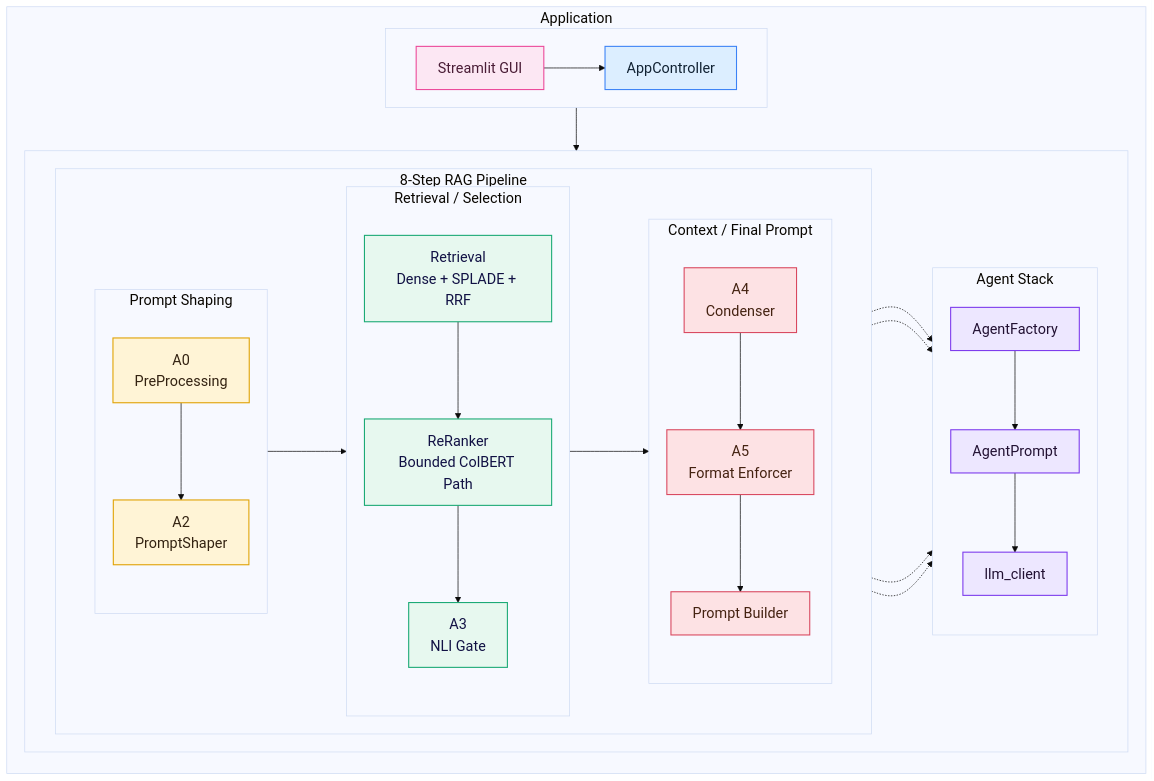
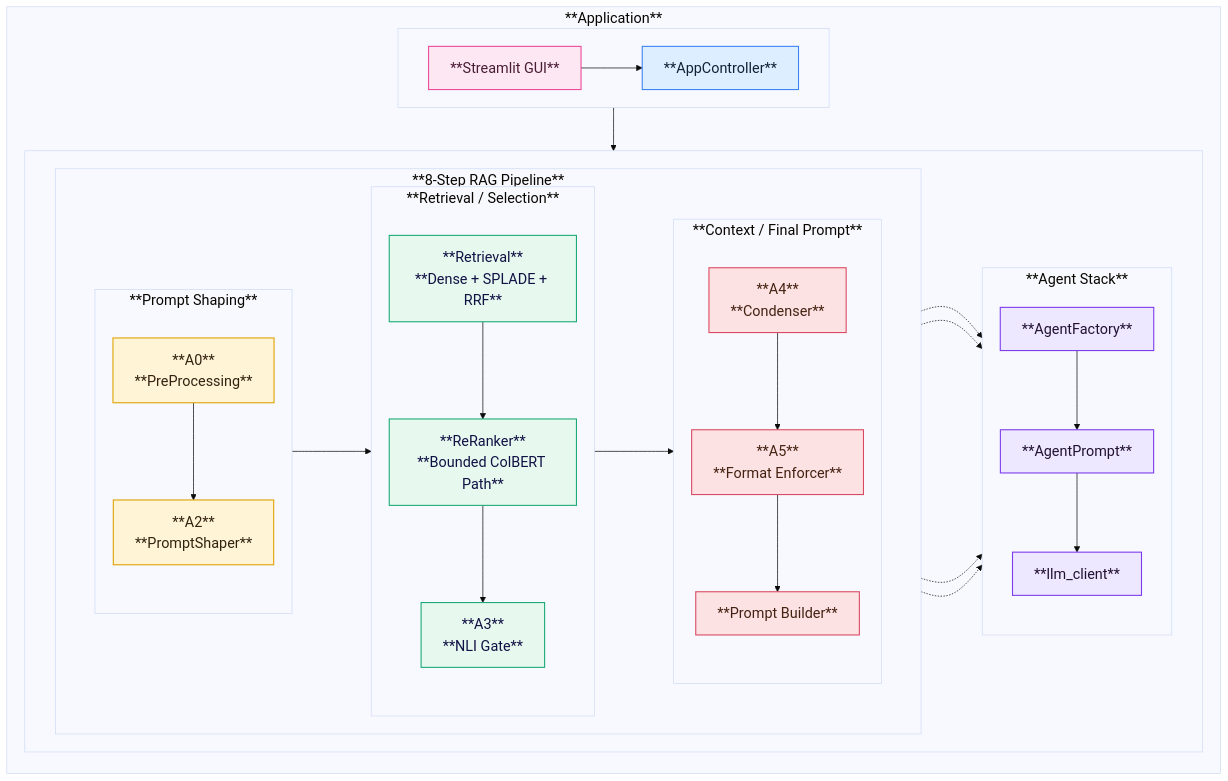
The fourth of 5 diagrams in README.md (RusbehAbtahi/RAGstream), drawn with Mermaid before and after one commit. The commit also changed other lines of this file, not shown here.

Commit message:
README: refine project overview, architecture diagrams, and deployment documentation

````diff
--- a/README.md
+++ b/README.md
@@ -52,71 +104,71 @@
 ```mermaid
 %%{init: {
   "theme": "base",
   "themeVariables": {
     "fontSize": "20px"
   },
   "flowchart": {
     "htmlLabels": true,
     "curve": "basis",
     "nodeSpacing": 30,
     "rankSpacing": 35
   }
 }}%%
 flowchart TB
 
   classDef gui fill:#FCE7F3,stroke:#EC4899,stroke-width:1.5px,color:#4A1D36;
   classDef ctrl fill:#DCEEFF,stroke:#3B82F6,stroke-width:1.5px,color:#123;
   classDef prep fill:#FFF4D6,stroke:#E0A100,stroke-width:1.5px,color:#321;
   classDef retr fill:#E7F8EF,stroke:#19A974,stroke-width:1.5px,color:#114;
   classDef gen fill:#FDE2E4,stroke:#D9485F,stroke-width:1.5px,color:#421;
   classDef agent fill:#EDE7FF,stroke:#7C3AED,stroke-width:1.5px,color:#213;
 
-  subgraph APP["Application"]
+  subgraph APP["**Application**"]
     direction TB
 
     subgraph HEAD[" "]
       direction LR
-      UI[Streamlit GUI]:::gui --> CTRL[AppController]:::ctrl
+      UI["**Streamlit GUI**"]:::gui --> CTRL["**AppController**"]:::ctrl
     end
 
     subgraph BODY[" "]
       direction LR
 
-      subgraph PIPE["8-Step RAG Pipeline"]
+      subgraph PIPE["**8-Step RAG Pipeline**"]
         direction LR
 
-        subgraph BOX1["Prompt Shaping"]
+        subgraph BOX1["**Prompt Shaping**"]
           direction TB
-          A0[A0<br/>PreProcessing]:::prep --> A2[A2<br/>PromptShaper]:::prep
+          A0["**A0**<br/>**PreProcessing**"]:::prep --> A2["**A2**<br/>**PromptShaper**"]:::prep
         end
 
-        subgraph BOX2["Retrieval / Selection"]
+        subgraph BOX2["**Retrieval / Selection**"]
           direction TB
-          RET[Retrieval<br/>Dense + SPLADE + RRF]:::retr --> RRK[ReRanker<br/>Bounded ColBERT Path]:::retr
-          RRK --> A3[A3<br/>NLI Gate]:::retr
+          RET["**Retrieval**<br/>**Dense + SPLADE + RRF**"]:::retr --> RRK["**ReRanker**<br/>**Bounded ColBERT Path**"]:::retr
+          RRK --> A3["**A3**<br/>**NLI Gate**"]:::retr
         end
 
-        subgraph BOX3["Context / Final Prompt"]
+        subgraph BOX3["**Context / Final Prompt**"]
           direction TB
-          A4[A4<br/>Condenser]:::gen --> A5[A5<br/>Format Enforcer]:::gen
-          A5 --> PB[Prompt Builder]:::gen
+          A4["**A4**<br/>**Condenser**"]:::gen --> A5["**A5**<br/>**Format Enforcer**"]:::gen
+          A5 --> PB["**Prompt Builder**"]:::gen
         end
 
         BOX1 --> BOX2 --> BOX3
       end
 
-      subgraph AG["Agent Stack"]
+      subgraph AG["**Agent Stack**"]
         direction TB
-        AF[AgentFactory]:::agent --> AP[AgentPrompt]:::agent
-        AP --> LLM[llm_client]:::agent
+        AF["**AgentFactory**"]:::agent --> AP["**AgentPrompt**"]:::agent
+        AP --> LLM["**llm_client**"]:::agent
       end
     end
 
     CTRL --> A0
 
     A2 -.-> AF
     A3 -.-> AF
     A4 -.-> AF
     A5 -.-> AF
   end
 ```
````
